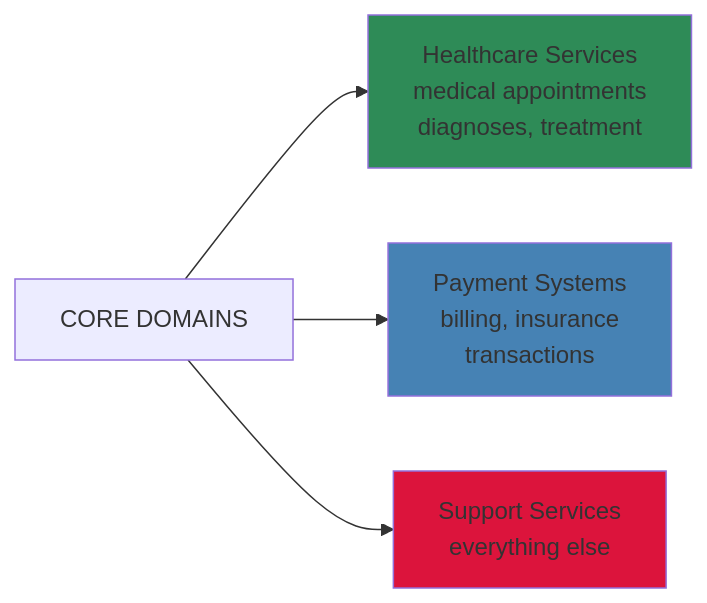
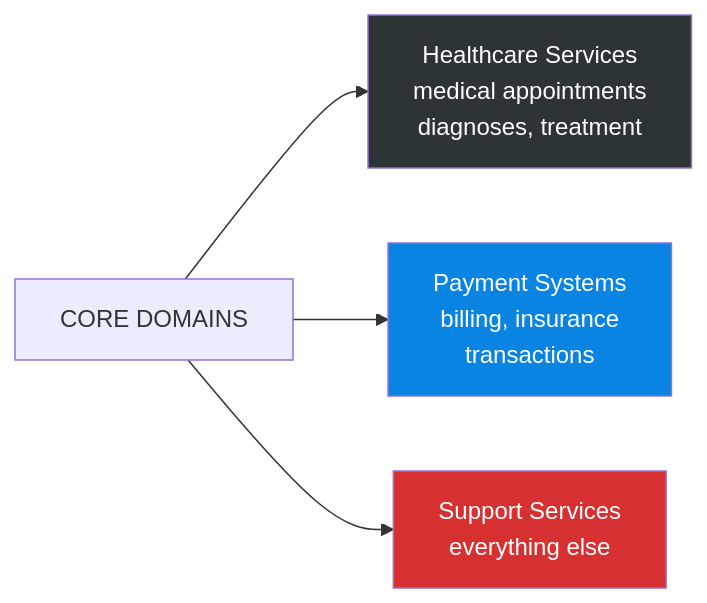
One commit to gurkanindibay/azure_learning changed the second of 12 diagrams in architecture-general/02-application-software-architecture/05-domain-driven-design/05-ddd-at-scale-case-study.md. Above: the diagram before and after it, drawn with Mermaid. The commit also changed other lines of this file and 7 other files, not shown here.

Commit message:
Add accessibility guidelines for diagrams and documentation

````diff
--- a/architecture-general/02-application-software-architecture/05-domain-driven-design/05-ddd-at-scale-case-study.md
+++ b/architecture-general/02-application-software-architecture/05-domain-driven-design/05-ddd-at-scale-case-study.md
@@ -71,12 +71,12 @@
 ```mermaid
 graph LR
     CD[CORE DOMAINS]
     
     CD --> HS[Healthcare Services<br/>medical appointments<br/>diagnoses, treatment]
     CD --> PS[Payment Systems<br/>billing, insurance<br/>transactions]
     CD --> SS[Support Services<br/>everything else]
     
-    style HS fill:#2E8B57
-    style PS fill:#4682B4
-    style SS fill:#DC143C
+    style HS fill:#2d3436,color:#ffffff
+    style PS fill:#0984e3,color:#ffffff
+    style SS fill:#d63031,color:#ffffff
 ```
````
